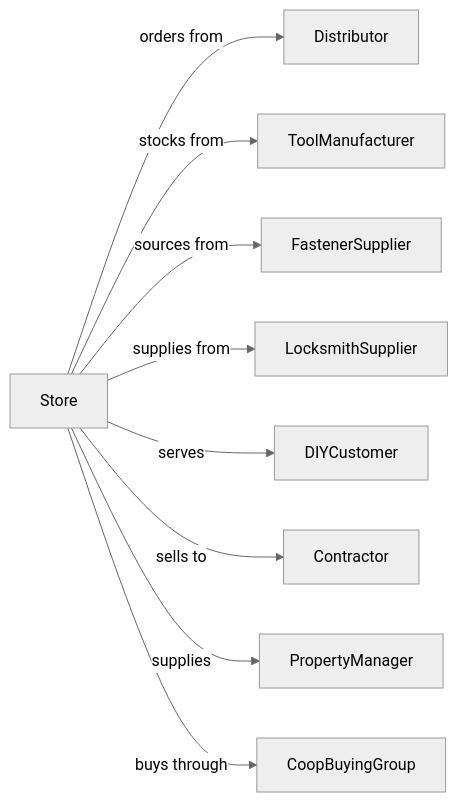
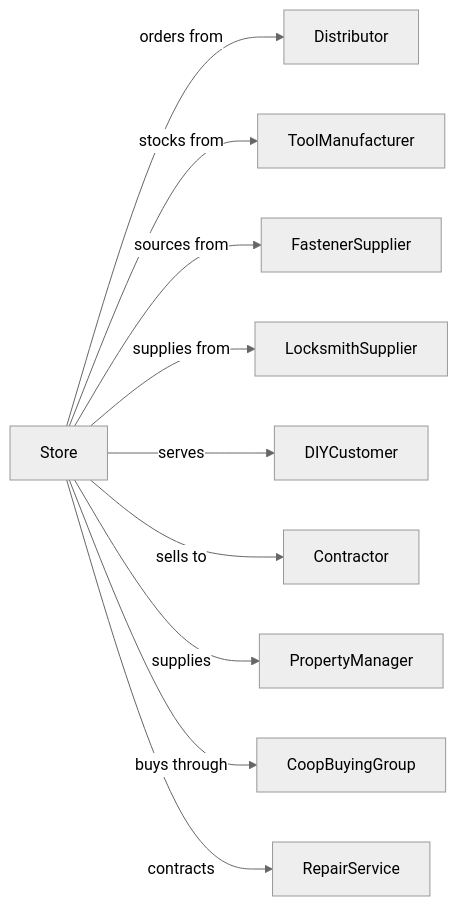
Before and after one commit to dot-org-ai/industries.org.ai: the second of 2 diagrams in RetailTrade/BuildingMaterialAndGardenEquipmentAndSuppliesDealers/BuildingMaterialAndSuppliesDealers/HardwareRetailers.mdx, drawn with Mermaid (neutral theme). The commit also changed other lines of this file and 588 other files, not shown here.

````diff
--- a/RetailTrade/BuildingMaterialAndGardenEquipmentAndSuppliesDealers/BuildingMaterialAndSuppliesDealers/HardwareRetailers.mdx
+++ b/RetailTrade/BuildingMaterialAndGardenEquipmentAndSuppliesDealers/BuildingMaterialAndSuppliesDealers/HardwareRetailers.mdx
@@ -133,13 +133,14 @@
 ```mermaid
 graph LR
     S[Store]
 
     S -->|orders from| Distributor
     S -->|stocks from| ToolManufacturer
     S -->|sources from| FastenerSupplier
     S -->|supplies from| LocksmithSupplier
     S -->|serves| DIYCustomer
     S -->|sells to| Contractor
     S -->|supplies| PropertyManager
     S -->|buys through| CoopBuyingGroup
+    S -->|contracts| RepairService
 ```
````
